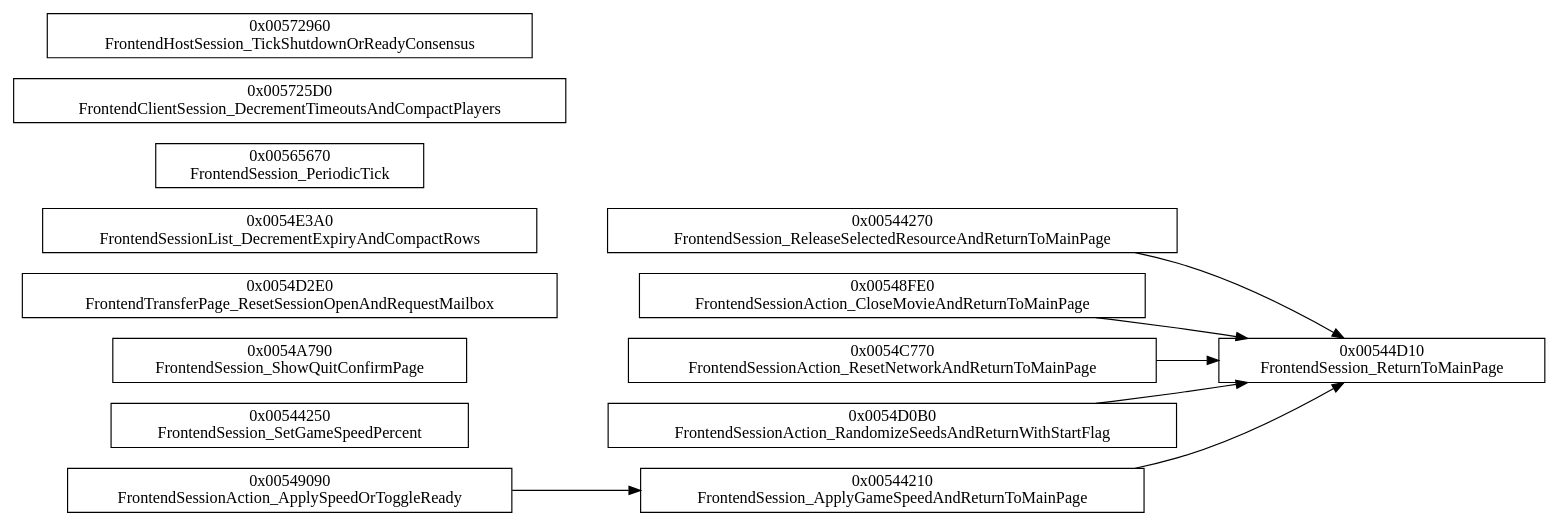
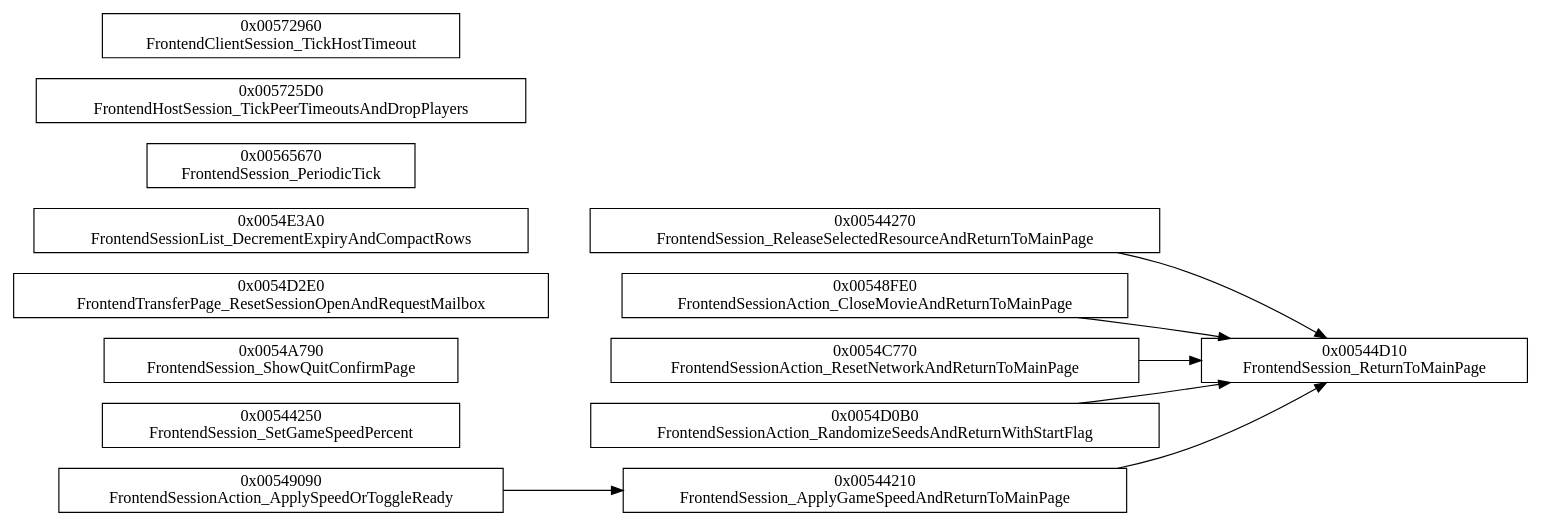
The diagram in docs/callgraphs/ui/frontend/session.dot (idkFoxes/open-thandor), drawn with Graphviz before and after one commit. The commit also changed 238 other files, not shown here.

```diff
--- a/docs/callgraphs/ui/frontend/session.dot
+++ b/docs/callgraphs/ui/frontend/session.dot
@@ -1,24 +1,24 @@
 digraph thandor {
   rankdir=LR;
   node [shape=box];
   "FrontendSession_ReleaseSelectedResourceAndReturnToMainPage" [label="0x00544270\nFrontendSession_ReleaseSelectedResourceAndReturnToMainPage"];
   "FrontendSessionAction_CloseMovieAndReturnToMainPage" [label="0x00548FE0\nFrontendSessionAction_CloseMovieAndReturnToMainPage"];
   "FrontendSessionAction_ApplySpeedOrToggleReady" [label="0x00549090\nFrontendSessionAction_ApplySpeedOrToggleReady"];
   "FrontendSessionAction_ResetNetworkAndReturnToMainPage" [label="0x0054C770\nFrontendSessionAction_ResetNetworkAndReturnToMainPage"];
   "FrontendSessionAction_RandomizeSeedsAndReturnWithStartFlag" [label="0x0054D0B0\nFrontendSessionAction_RandomizeSeedsAndReturnWithStartFlag"];
   "FrontendSession_SetGameSpeedPercent" [label="0x00544250\nFrontendSession_SetGameSpeedPercent"];
   "FrontendSession_ShowQuitConfirmPage" [label="0x0054A790\nFrontendSession_ShowQuitConfirmPage"];
   "FrontendTransferPage_ResetSessionOpenAndRequestMailbox" [label="0x0054D2E0\nFrontendTransferPage_ResetSessionOpenAndRequestMailbox"];
   "FrontendSessionList_DecrementExpiryAndCompactRows" [label="0x0054E3A0\nFrontendSessionList_DecrementExpiryAndCompactRows"];
   "FrontendSession_PeriodicTick" [label="0x00565670\nFrontendSession_PeriodicTick"];
-  "FrontendClientSession_DecrementTimeoutsAndCompactPlayers" [label="0x005725D0\nFrontendClientSession_DecrementTimeoutsAndCompactPlayers"];
-  "FrontendHostSession_TickShutdownOrReadyConsensus" [label="0x00572960\nFrontendHostSession_TickShutdownOrReadyConsensus"];
+  "FrontendHostSession_TickPeerTimeoutsAndDropPlayers" [label="0x005725D0\nFrontendHostSession_TickPeerTimeoutsAndDropPlayers"];
+  "FrontendClientSession_TickHostTimeout" [label="0x00572960\nFrontendClientSession_TickHostTimeout"];
   "FrontendSession_ApplyGameSpeedAndReturnToMainPage" [label="0x00544210\nFrontendSession_ApplyGameSpeedAndReturnToMainPage"];
   "FrontendSession_ReturnToMainPage" [label="0x00544D10\nFrontendSession_ReturnToMainPage"];
   "FrontendSession_ReleaseSelectedResourceAndReturnToMainPage" -> "FrontendSession_ReturnToMainPage";
   "FrontendSessionAction_CloseMovieAndReturnToMainPage" -> "FrontendSession_ReturnToMainPage";
   "FrontendSessionAction_ApplySpeedOrToggleReady" -> "FrontendSession_ApplyGameSpeedAndReturnToMainPage";
   "FrontendSessionAction_ResetNetworkAndReturnToMainPage" -> "FrontendSession_ReturnToMainPage";
   "FrontendSessionAction_RandomizeSeedsAndReturnWithStartFlag" -> "FrontendSession_ReturnToMainPage";
   "FrontendSession_ApplyGameSpeedAndReturnToMainPage" -> "FrontendSession_ReturnToMainPage";
 }
```
